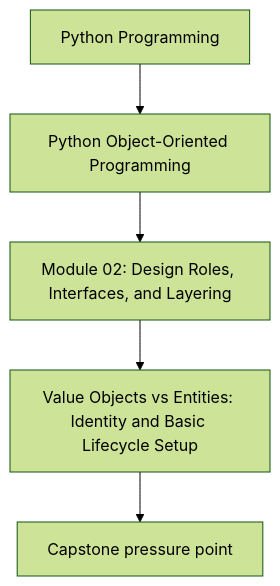
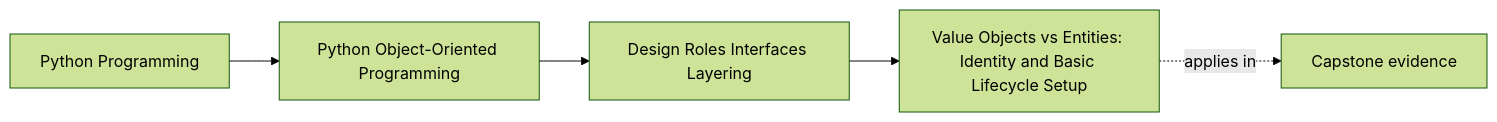
Before and after one commit to bijux/bijux-masterclass: the first of 2 diagrams in programs/python-programming/python-object-oriented-programming/course-book/module-02-design-roles-interfaces-layering/value-objects-versus-entities.md, drawn with Mermaid (forest theme). The commit also changed other lines of this file and 65 other files, not shown here.

Commit message:
docs(python-object-oriented-programming): map object model and design foundations

````diff
--- a/programs/python-programming/python-object-oriented-programming/course-book/module-02-design-roles-interfaces-layering/value-objects-versus-entities.md
+++ b/programs/python-programming/python-object-oriented-programming/course-book/module-02-design-roles-interfaces-layering/value-objects-versus-entities.md
@@ -7,7 +7,11 @@
 ```mermaid
-flowchart TD
-  family["Python Programming"] --> program["Python Object-Oriented Programming"]
-  program --> module["Module 02: Design Roles, Interfaces, and Layering"]
-  module --> concept["Value Objects vs Entities: Identity and Basic Lifecycle Setup"]
-  concept --> capstone["Capstone pressure point"]
+graph LR
+  family["Python Programming"]
+  program["Python Object-Oriented Programming"]
+  section["Design Roles Interfaces Layering"]
+  page["Value Objects vs Entities: Identity and Basic Lifecycle Setup"]
+  capstone["Capstone evidence"]
+
+  family --> program --> section --> page
+  page -.applies in.-> capstone
 ```
````
